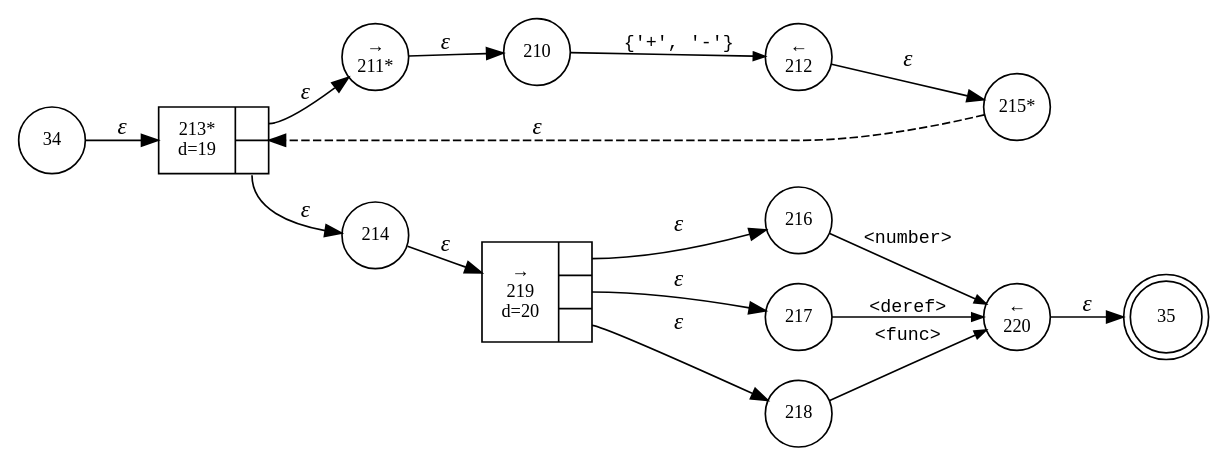
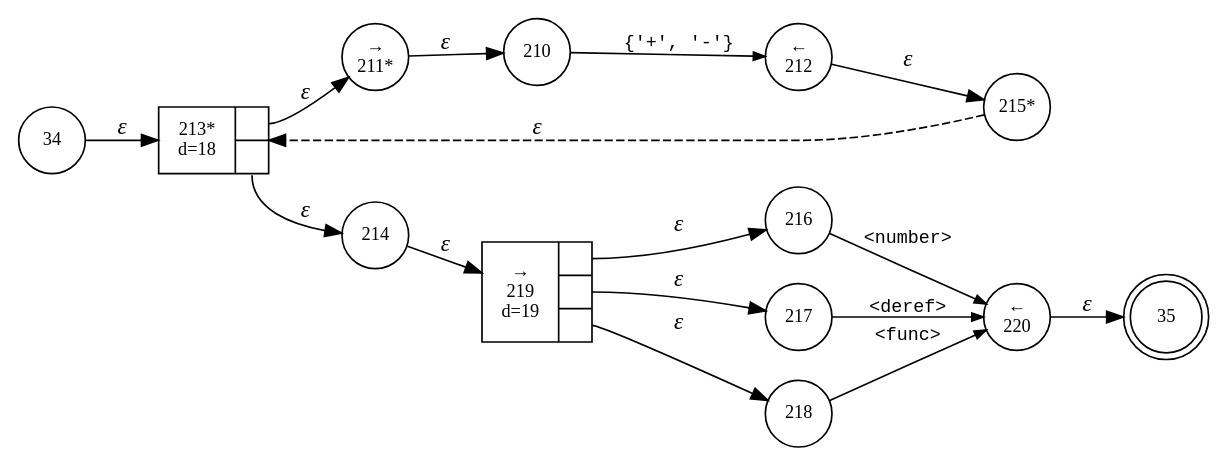
One commit to Shinigami072/Compilers-LogoInterpreter changed the diagram in interpreter/logo/logo.signExpression.dot. Above: the diagram before and after it, drawn with Graphviz. The commit also changed 20 other files, not shown here.

```diff
--- a/interpreter/logo/logo.signExpression.dot
+++ b/interpreter/logo/logo.signExpression.dot
@@ -1,31 +1,31 @@
 digraph ATN {
 rankdir=LR;
 s35[fontsize=11, label="35", shape=doublecircle, fixedsize=true, width=.6];
 s34[fontsize=11,label="34", shape=circle, fixedsize=true, width=.55, peripheries=1];
 s210[fontsize=11,label="210", shape=circle, fixedsize=true, width=.55, peripheries=1];
 s211[fontsize=11,label="&rarr;\n211*", shape=circle, fixedsize=true, width=.55, peripheries=1];
 s212[fontsize=11,label="&larr;\n212", shape=circle, fixedsize=true, width=.55, peripheries=1];
-s213[fontsize=11,label="{213*\nd=19|{<p0>|<p1>}}", shape=record, fixedsize=false, peripheries=1];
+s213[fontsize=11,label="{213*\nd=18|{<p0>|<p1>}}", shape=record, fixedsize=false, peripheries=1];
 s214[fontsize=11,label="214", shape=circle, fixedsize=true, width=.55, peripheries=1];
 s215[fontsize=11,label="215*", shape=circle, fixedsize=true, width=.55, peripheries=1];
 s216[fontsize=11,label="216", shape=circle, fixedsize=true, width=.55, peripheries=1];
 s217[fontsize=11,label="217", shape=circle, fixedsize=true, width=.55, peripheries=1];
 s218[fontsize=11,label="218", shape=circle, fixedsize=true, width=.55, peripheries=1];
-s219[fontsize=11,label="{&rarr;\n219\nd=20|{<p0>|<p1>|<p2>}}", shape=record, fixedsize=false, peripheries=1];
+s219[fontsize=11,label="{&rarr;\n219\nd=19|{<p0>|<p1>|<p2>}}", shape=record, fixedsize=false, peripheries=1];
 s220[fontsize=11,label="&larr;\n220", shape=circle, fixedsize=true, width=.55, peripheries=1];
 s34 -> s213 [fontname="Times-Italic", label="&epsilon;"];
 s213:p0 -> s211 [fontname="Times-Italic", label="&epsilon;"];
 s213:p1 -> s214 [fontname="Times-Italic", label="&epsilon;"];
 s211 -> s210 [fontname="Times-Italic", label="&epsilon;"];
 s214 -> s219 [fontname="Times-Italic", label="&epsilon;"];
 s210 -> s212 [fontsize=11, fontname="Courier", arrowsize=.7, label = "{'+', '-'}", arrowhead = normal];
 s219:p0 -> s216 [fontname="Times-Italic", label="&epsilon;"];
 s219:p1 -> s217 [fontname="Times-Italic", label="&epsilon;"];
 s219:p2 -> s218 [fontname="Times-Italic", label="&epsilon;"];
 s212 -> s215 [fontname="Times-Italic", label="&epsilon;"];
 s216 -> s220 [fontsize=11, fontname="Courier", arrowsize=.7, label = "<number>", arrowhead = normal];
 s217 -> s220 [fontsize=11, fontname="Courier", arrowsize=.7, label = "<deref>", arrowhead = normal];
 s218 -> s220 [fontsize=11, fontname="Courier", arrowsize=.7, label = "<func>", arrowhead = normal];
 s215 -> s213 [fontname="Times-Italic", label="&epsilon;", style="dashed"];
 s220 -> s35 [fontname="Times-Italic", label="&epsilon;"];
 }
```
